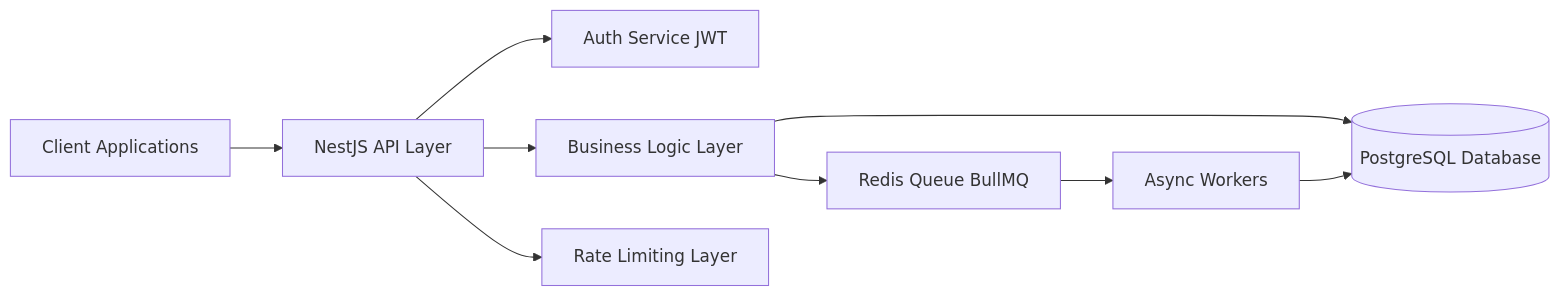
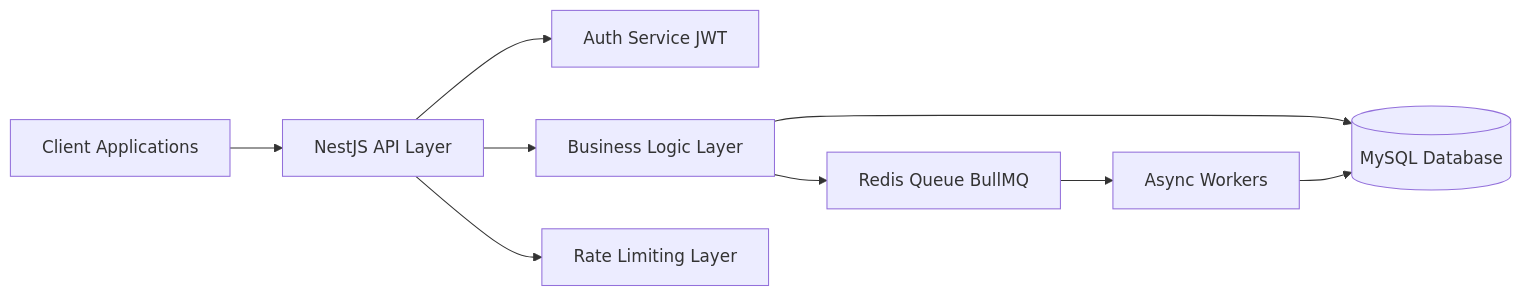
One commit to OfficialEcho95/webhook_platform changed the diagram in README.md. Above: the diagram before and after it, drawn with Mermaid.

Commit message:
README updated

````diff
--- a/README.md
+++ b/README.md
@@ -21,15 +21,15 @@
 ```mermaid
 flowchart LR
     Client[Client Applications] --> API[NestJS API Layer]
 
     API --> Auth[Auth Service JWT]
     API --> Services[Business Logic Layer]
 
     Services --> Queue[Redis Queue BullMQ]
     Queue --> Workers[Async Workers]
 
-    Services --> DB[(PostgreSQL Database)]
+    Services --> DB[(MySQL Database)]
     Workers --> DB
 
     API --> RateLimit[Rate Limiting Layer]
 ```
````
